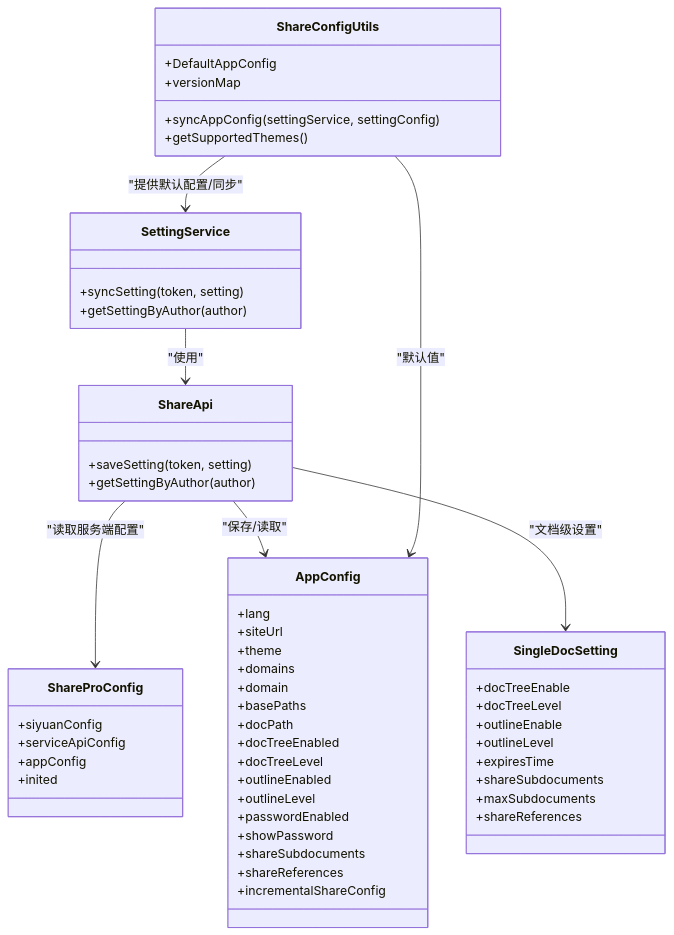
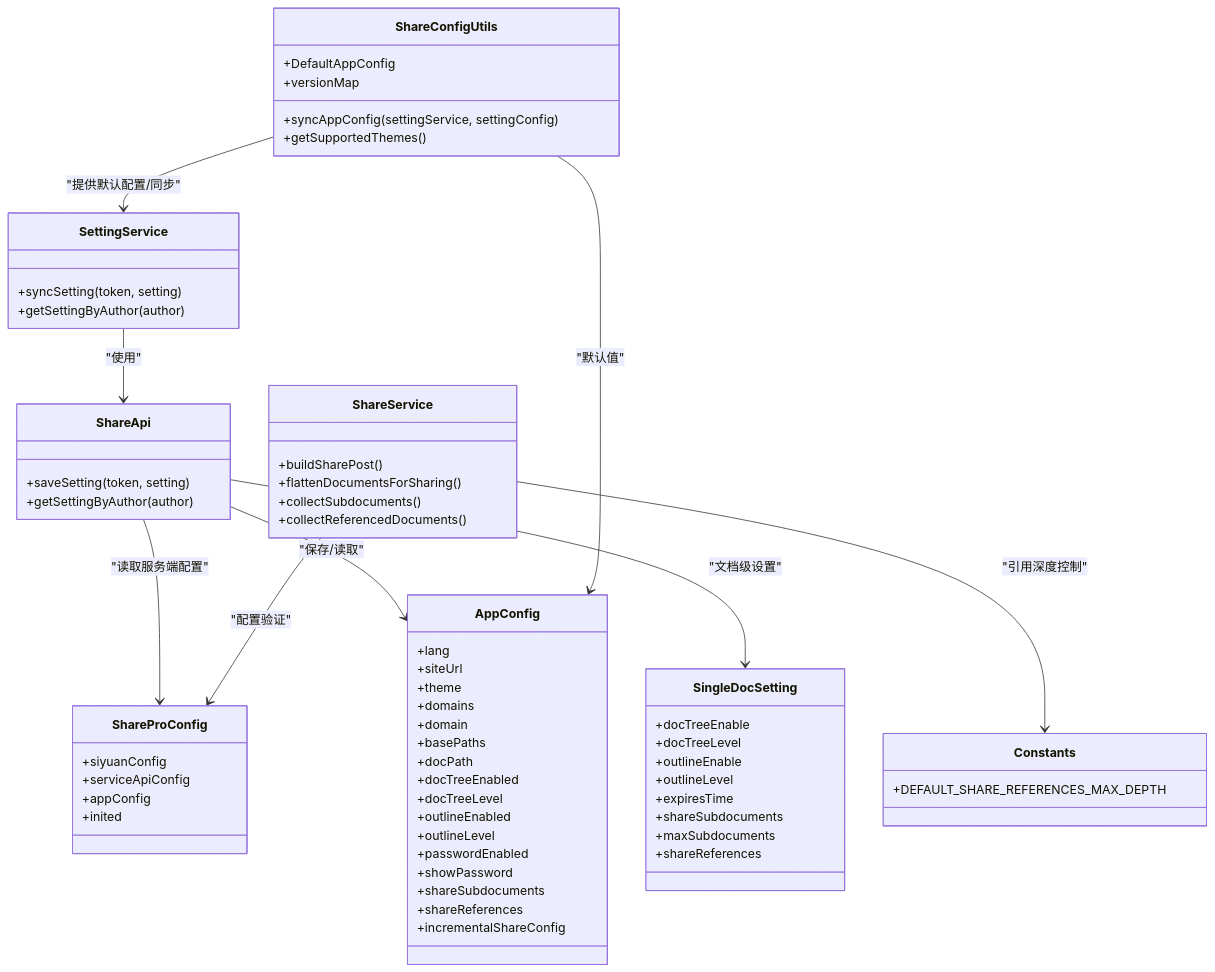
One commit to terwerinc/siyuan-plugin-share-pro changed the third of 3 diagrams in .qoder/repowiki/zh/content/架构设计/服务层架构/设置服务 (SettingService).md. Above: the diagram before and after it, drawn with Mermaid. The commit also changed other lines of this file and 9 other files, not shown here.

````diff
--- a/.qoder/repowiki/zh/content/架构设计/服务层架构/设置服务 (SettingService).md
+++ b/.qoder/repowiki/zh/content/架构设计/服务层架构/设置服务 (SettingService).md
@@ -253,57 +301,68 @@
 ```mermaid
 classDiagram
 class SettingService {
 +syncSetting(token, setting)
 +getSettingByAuthor(author)
 }
 class ShareApi {
 +saveSetting(token, setting)
 +getSettingByAuthor(author)
 }
 class ShareProConfig {
 +siyuanConfig
 +serviceApiConfig
 +appConfig
 +inited
 }
 class AppConfig {
 +lang
 +siteUrl
 +theme
 +domains
 +domain
 +basePaths
 +docPath
 +docTreeEnabled
 +docTreeLevel
 +outlineEnabled
 +outlineLevel
 +passwordEnabled
 +showPassword
 +shareSubdocuments
 +shareReferences
 +incrementalShareConfig
 }
 class SingleDocSetting {
 +docTreeEnable
 +docTreeLevel
 +outlineEnable
 +outlineLevel
 +expiresTime
 +shareSubdocuments
 +maxSubdocuments
 +shareReferences
 }
 class ShareConfigUtils {
 +DefaultAppConfig
 +syncAppConfig(settingService, settingConfig)
 +getSupportedThemes()
 +versionMap
 }
+class ShareService {
++buildSharePost()
++flattenDocumentsForSharing()
++collectSubdocuments()
++collectReferencedDocuments()
+}
+class Constants {
++DEFAULT_SHARE_REFERENCES_MAX_DEPTH
+}
 SettingService --> ShareApi : "使用"
 ShareApi --> ShareProConfig : "读取服务端配置"
 ShareApi --> AppConfig : "保存/读取"
 ShareApi --> SingleDocSetting : "文档级设置"
 ShareConfigUtils --> SettingService : "提供默认配置/同步"
 ShareConfigUtils --> AppConfig : "默认值"
+ShareService --> ShareProConfig : "配置验证"
+ShareService --> Constants : "引用深度控制"
 ```
````
